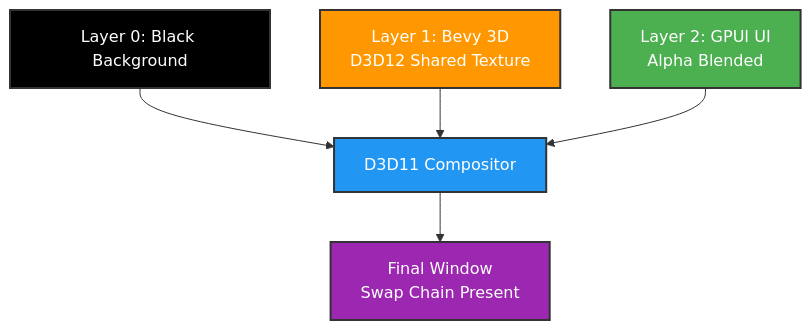
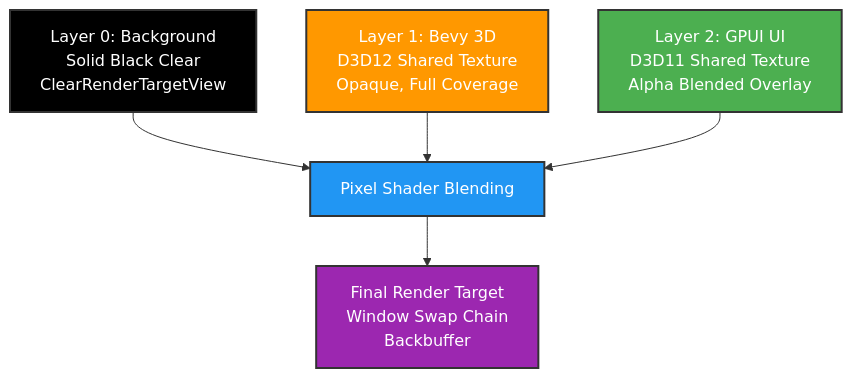
One commit to Far-Beyond-Pulsar/docs changed the second of 3 diagrams in public/docs/core-concepts/rendering-pipeline.md. Above: the diagram before and after it, drawn with Mermaid. The commit also changed other lines of this file and 2 other files, not shown here.

````diff
--- a/public/docs/core-concepts/rendering-pipeline.md
+++ b/public/docs/core-concepts/rendering-pipeline.md
@@ -257,13 +99,14 @@
 ```mermaid
 graph TD
-    A[Layer 0: Black Background] --> D[D3D11 Compositor]
-    B[Layer 1: Bevy 3D<br/>D3D12 Shared Texture] --> D
-    C[Layer 2: GPUI UI<br/>Alpha Blended] --> D
-    D --> E[Final Window<br/>Swap Chain Present]
+    A[Layer 0: Background<br/>Solid Black Clear<br/>ClearRenderTargetView] --> D[Pixel Shader Blending]
+    B[Layer 1: Bevy 3D<br/>D3D12 Shared Texture<br/>Opaque, Full Coverage] --> D
+    C[Layer 2: GPUI UI<br/>D3D11 Shared Texture<br/>Alpha Blended Overlay] --> D
+
+    D --> E[Final Render Target<br/>Window Swap Chain<br/>Backbuffer]
 
     style A fill:#000,stroke:#333,stroke-width:2px,color:#fff
     style B fill:#FF9800,stroke:#333,stroke-width:2px,color:#fff
     style C fill:#4CAF50,stroke:#333,stroke-width:2px,color:#fff
     style D fill:#2196F3,stroke:#333,stroke-width:2px,color:#fff
     style E fill:#9C27B0,stroke:#333,stroke-width:2px,color:#fff
 ```
````
